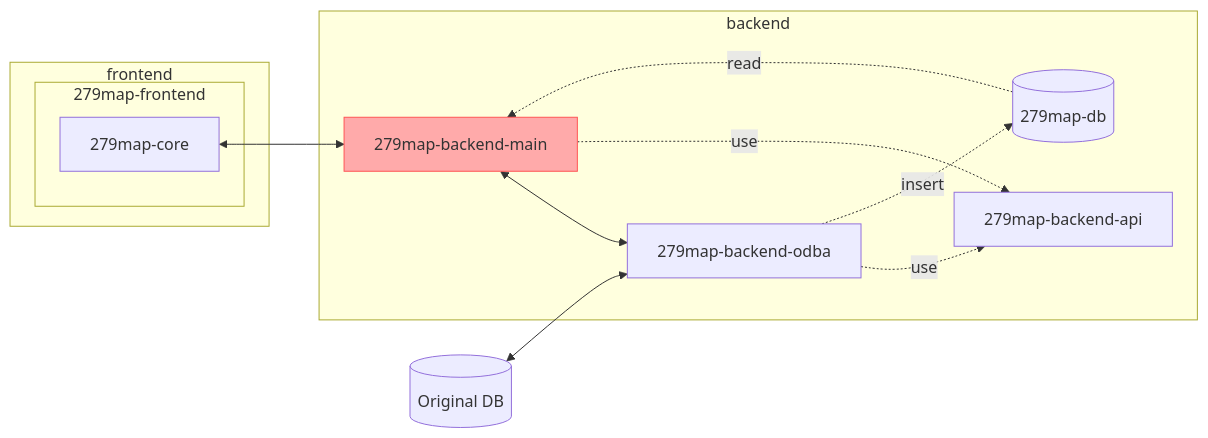
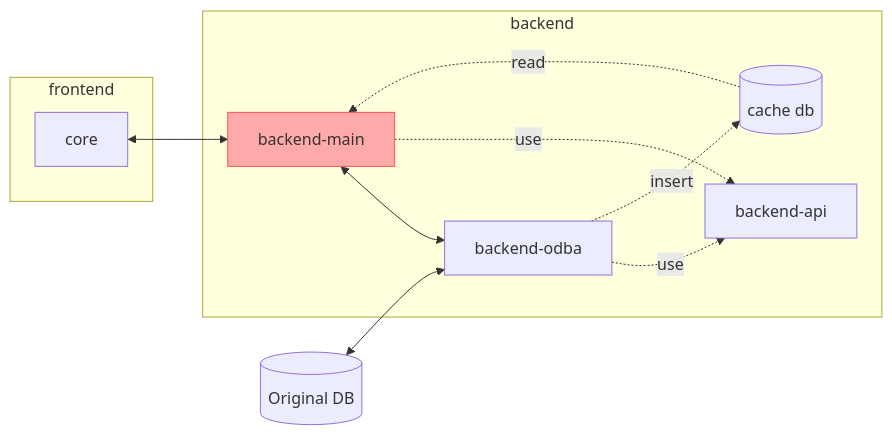
One commit to satocheeen/279map changed the diagram in backend-main/README.md. Above: the diagram before and after it, drawn with Mermaid. The commit also changed 1 other file, not shown here.

Commit message:
README更新。backend-api参照更新

````diff
--- a/backend-main/README.md
+++ b/backend-main/README.md
@@ -4,24 +4,22 @@
 ```mermaid
 flowchart LR
 	subgraph frontend
-		subgraph 279map-frontend
-			279map-core
-		end
+    core
 	end
 
 	subgraph backend
-		db[("279map-db")]
-		279map-backend-main
+		db[("cache db")]
+		backend-main
 
-		279map-backend-main <--> odba["279map-backend-odba"]
-		odba-."use".->279map-backend-api
-		279map-backend-main-."use".->279map-backend-api
+		backend-main <--> odba["backend-odba"]
+		odba-."use".->backend-api
+		backend-main-."use".->backend-api
 
-		db -.read.-> 279map-backend-main
+		db -.read.-> backend-main
 		odba -.insert.-> db
 	end
-	279map-core <--> 279map-backend-main
+	core <--> backend-main
 	original-db[("Original DB")] <--> odba
 
-	style 279map-backend-main fill:#faa, stroke:#f55
+	style backend-main fill:#faa, stroke:#f55
 ```
````
